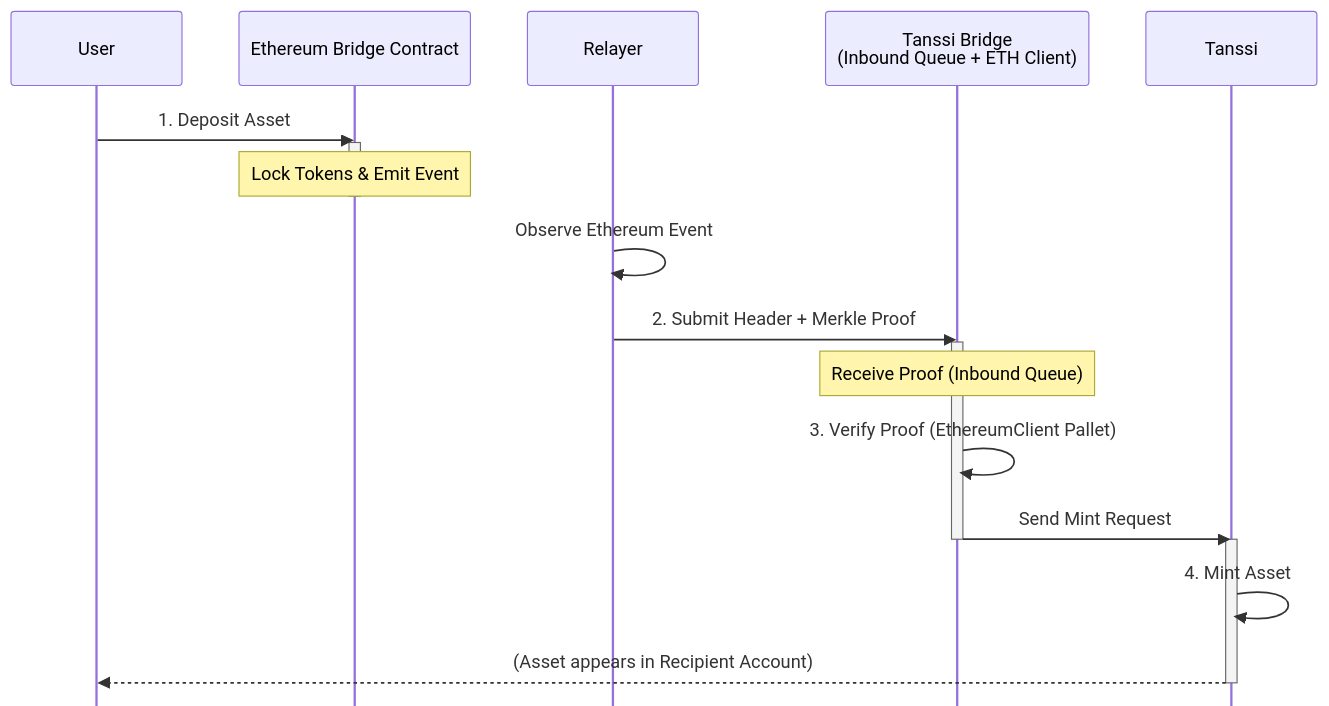
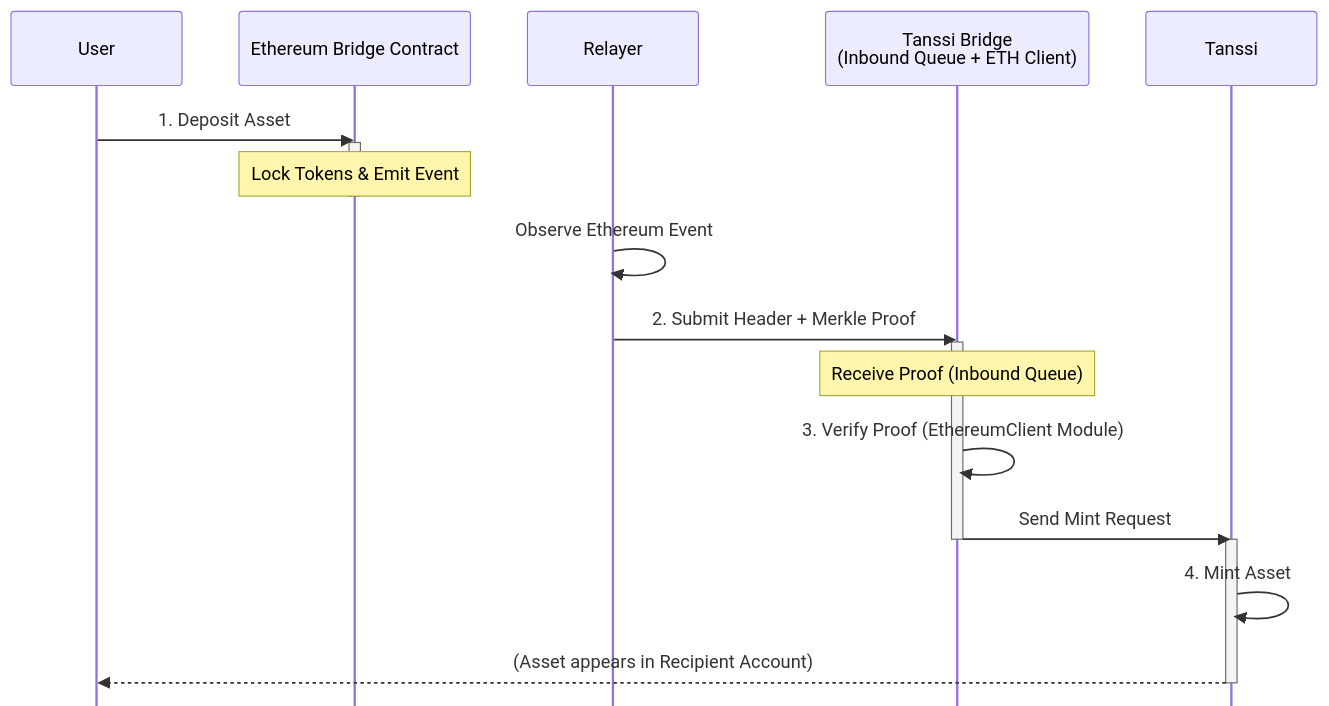
Before and after one commit to moondance-labs/tanssi-docs: the fifth of 7 diagrams in learn/tanssi/tanssi-ethereum-bridge.md, drawn with Mermaid. The commit also changed other lines of this file, not shown here.

Commit message:
chore: remove pallet

````diff
--- a/learn/tanssi/tanssi-ethereum-bridge.md
+++ b/learn/tanssi/tanssi-ethereum-bridge.md
@@ -158,27 +158,27 @@
 ```mermaid
 sequenceDiagram
     %%{init: {'sequence': {'mirrorActors': false}}}%%
     participant User
     participant EBridge as Ethereum Bridge Contract
     participant Relayer
     participant TBP as Tanssi Bridge<br/> (Inbound Queue + ETH Client)
     participant TAH as Tanssi
 
     User->>EBridge: 1. Deposit Asset
     activate EBridge
     Note over EBridge: Lock Tokens & Emit Event
     deactivate EBridge
 
     Relayer->>Relayer: Observe Ethereum Event
     Relayer->>TBP: 2. Submit Header + Merkle Proof
     activate TBP
     Note over TBP: Receive Proof (Inbound Queue)
-    TBP->>TBP: 3. Verify Proof (EthereumClient Pallet)
+    TBP->>TBP: 3. Verify Proof (EthereumClient Module)
     TBP->>TAH: Send Mint Request
     deactivate TBP
 
     activate TAH
     TAH->>TAH:  4. Mint Asset
     TAH-->>User: (Asset appears in Recipient Account)
     deactivate TAH
 ```
````
